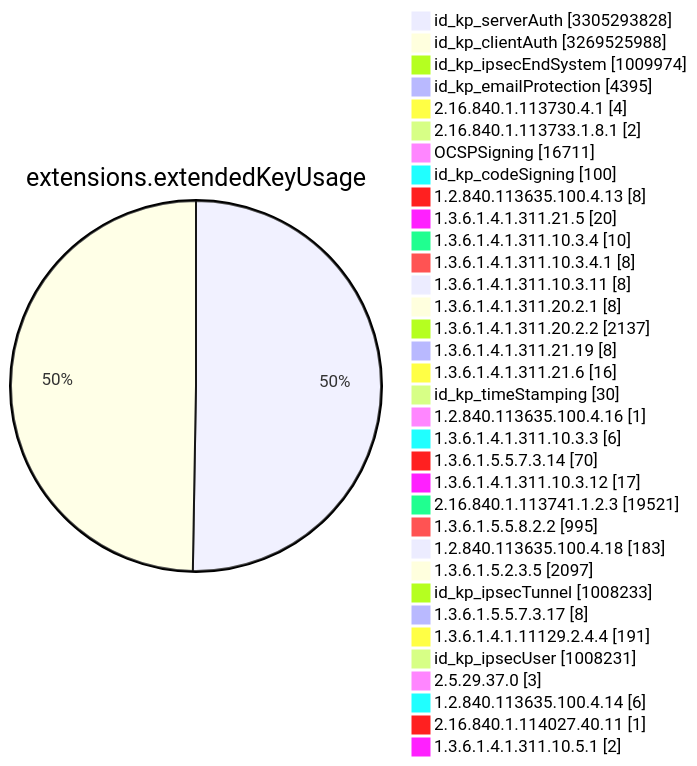
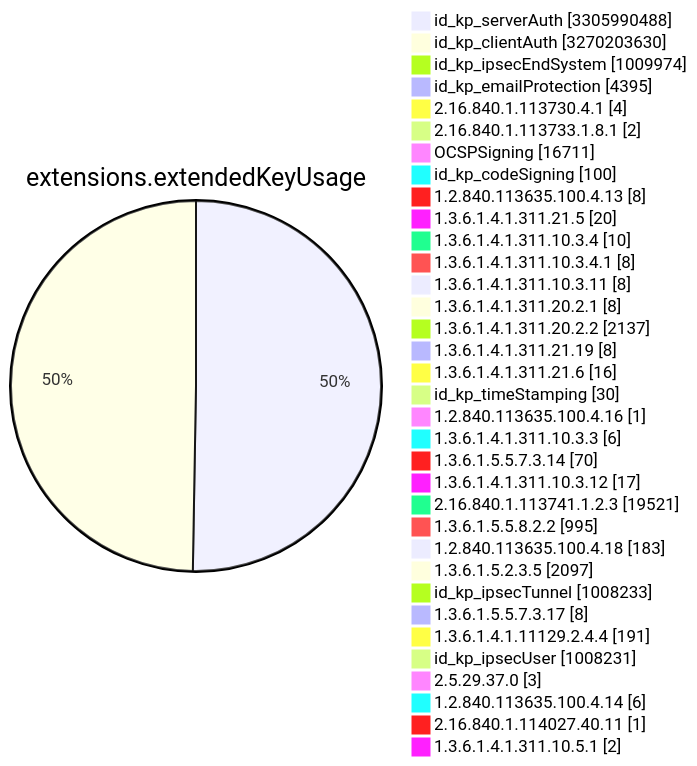
One commit to christiankrug/ctmonitor_visualization changed diagram 11 of 15 in TOTAL/README.md. Above: the diagram before and after it, drawn with Mermaid. The commit also changed other lines of this file, not shown here.

````diff
--- a/TOTAL/README.md
+++ b/TOTAL/README.md
@@ -4120,38 +4120,38 @@
 ```mermaid
 pie showData
 title extensions.extendedKeyUsage
-"id_kp_serverAuth" :3305293828
-"id_kp_clientAuth" :3269525988
+"id_kp_serverAuth" :3305990488
+"id_kp_clientAuth" :3270203630
 "id_kp_ipsecEndSystem" :1009974
 "id_kp_emailProtection" :4395
 "2.16.840.1.113730.4.1" :4
 "2.16.840.1.113733.1.8.1" :2
 "OCSPSigning" :16711
 "id_kp_codeSigning" :100
 "1.2.840.113635.100.4.13" :8
 "1.3.6.1.4.1.311.21.5" :20
 "1.3.6.1.4.1.311.10.3.4" :10
 "1.3.6.1.4.1.311.10.3.4.1" :8
 "1.3.6.1.4.1.311.10.3.11" :8
 "1.3.6.1.4.1.311.20.2.1" :8
 "1.3.6.1.4.1.311.20.2.2" :2137
 "1.3.6.1.4.1.311.21.19" :8
 "1.3.6.1.4.1.311.21.6" :16
 "id_kp_timeStamping" :30
 "1.2.840.113635.100.4.16" :1
 "1.3.6.1.4.1.311.10.3.3" :6
 "1.3.6.1.5.5.7.3.14" :70
 "1.3.6.1.4.1.311.10.3.12" :17
 "2.16.840.1.113741.1.2.3" :19521
 "1.3.6.1.5.5.8.2.2" :995
 "1.2.840.113635.100.4.18" :183
 "1.3.6.1.5.2.3.5" :2097
 "id_kp_ipsecTunnel" :1008233
 "1.3.6.1.5.5.7.3.17" :8
 "1.3.6.1.4.1.11129.2.4.4" :191
 "id_kp_ipsecUser" :1008231
 "2.5.29.37.0" :3
 "1.2.840.113635.100.4.14" :6
 "2.16.840.1.114027.40.11" :1
 "1.3.6.1.4.1.311.10.5.1" :2
 ```
````
